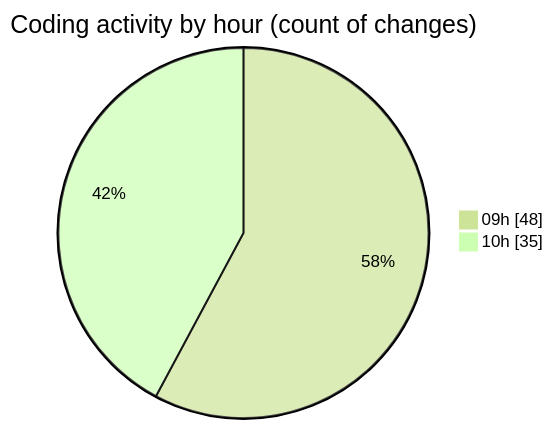
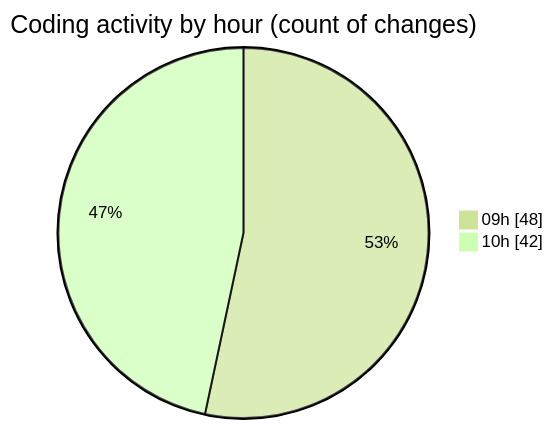
One commit to momahboobian/code-tracking changed the second of 2 diagrams in 2025-03-14/cda/README.md. Above: the diagram before and after it, drawn with Mermaid (forest theme). The commit also changed other lines of this file and 1 other file, not shown here.

````diff
--- a/2025-03-14/cda/README.md
+++ b/2025-03-14/cda/README.md
@@ -45,6 +45,6 @@
 ```mermaid
 pie showData
 title Coding activity by hour (count of changes)
 "09h" : 48
-"10h" : 35
+"10h" : 42
 ```
````
